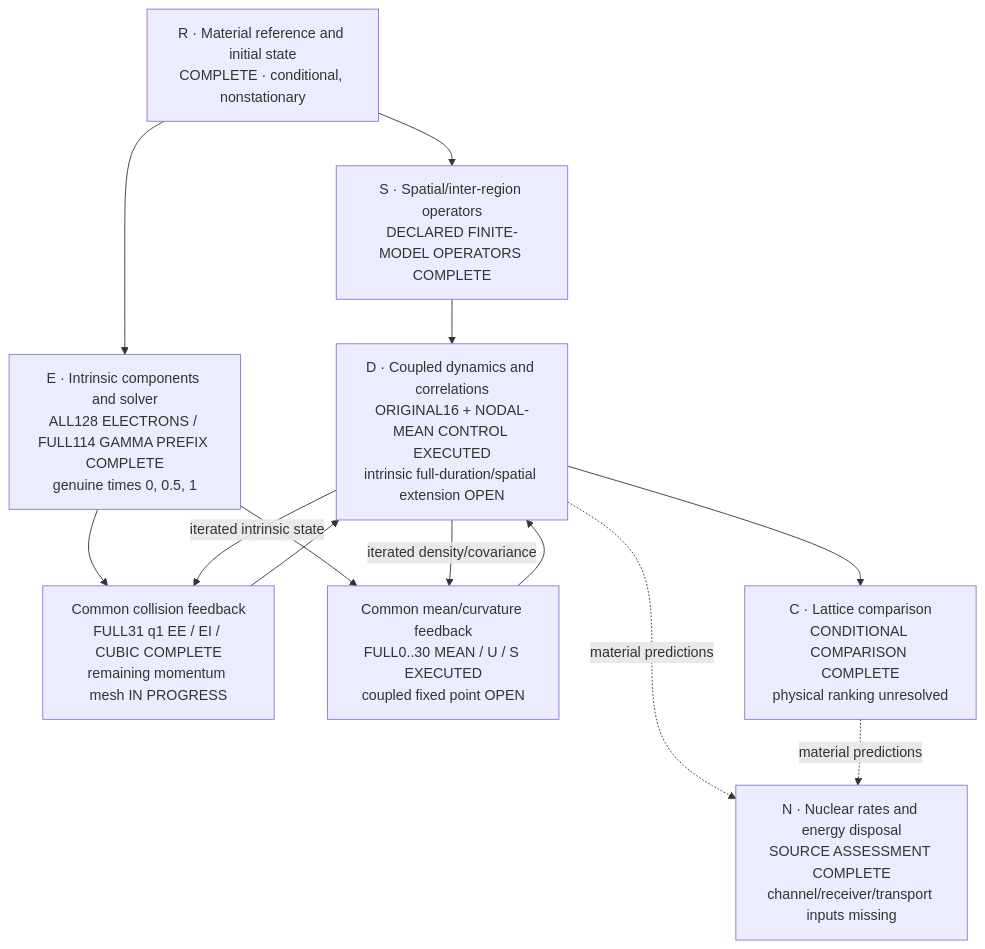
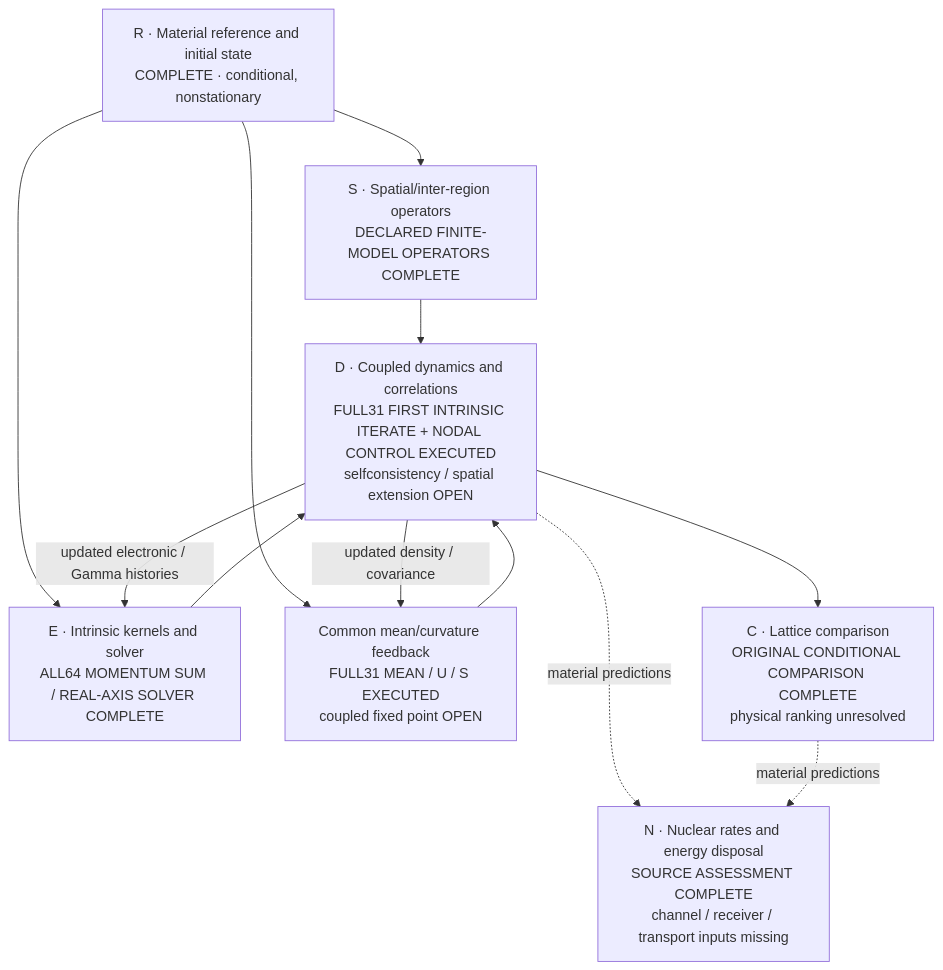
The diagram in proposals/P254-ni-collective-response/SOLUTION.md (vantasnerdan/substrate-framework), drawn with Mermaid before and after one commit. The commit also changed other lines of this file and 46 other files, not shown here.

Commit message:
P254: complete first full31 intrinsic update and Gamma-only real-axis recovery

````diff
--- a/proposals/P254-ni-collective-response/SOLUTION.md
+++ b/proposals/P254-ni-collective-response/SOLUTION.md
@@ -16,23 +16,21 @@
 ```mermaid
 flowchart TD
     R["R · Material reference and initial state<br/>COMPLETE · conditional, nonstationary"]
     S["S · Spatial/inter-region operators<br/>DECLARED FINITE-MODEL OPERATORS COMPLETE"]
-    E0["E · Intrinsic components and solver<br/>ALL128 ELECTRONS / FULL114 GAMMA PREFIX COMPLETE<br/>genuine times 0, 0.5, 1"]
-    EF["Common collision feedback<br/>FULL31 q1 EE / EI / CUBIC COMPLETE<br/>remaining momentum mesh IN PROGRESS"]
-    EM["Common mean/curvature feedback<br/>FULL0..30 MEAN / U / S EXECUTED<br/>coupled fixed point OPEN"]
-    D["D · Coupled dynamics and correlations<br/>ORIGINAL16 + NODAL-MEAN CONTROL EXECUTED<br/>intrinsic full-duration/spatial extension OPEN"]
-    C["C · Lattice comparison<br/>CONDITIONAL COMPARISON COMPLETE<br/>physical ranking unresolved"]
-    N["N · Nuclear rates and energy disposal<br/>SOURCE ASSESSMENT COMPLETE<br/>channel/receiver/transport inputs missing"]
+    E["E · Intrinsic kernels and solver<br/>ALL64 MOMENTUM SUM / REAL-AXIS SOLVER COMPLETE"]
+    M["Common mean/curvature feedback<br/>FULL31 MEAN / U / S EXECUTED<br/>coupled fixed point OPEN"]
+    D["D · Coupled dynamics and correlations<br/>FULL31 FIRST INTRINSIC ITERATE + NODAL CONTROL EXECUTED<br/>selfconsistency / spatial extension OPEN"]
+    C["C · Lattice comparison<br/>ORIGINAL CONDITIONAL COMPARISON COMPLETE<br/>physical ranking unresolved"]
+    N["N · Nuclear rates and energy disposal<br/>SOURCE ASSESSMENT COMPLETE<br/>channel / receiver / transport inputs missing"]
     R --> S
-    R --> E0
-    E0 --> EF
-    E0 --> EM
-    EF --> D
-    EM --> D
+    R --> E
+    R --> M
+    E --> D
+    M --> D
     S --> D
-    D -- "iterated intrinsic state" --> EF
-    D -- "iterated density/covariance" --> EM
+    D -- "updated electronic / Gamma histories" --> E
+    D -- "updated density / covariance" --> M
     D --> C
     D -. "material predictions" .-> N
     C -. "material predictions" .-> N
 ```
````
